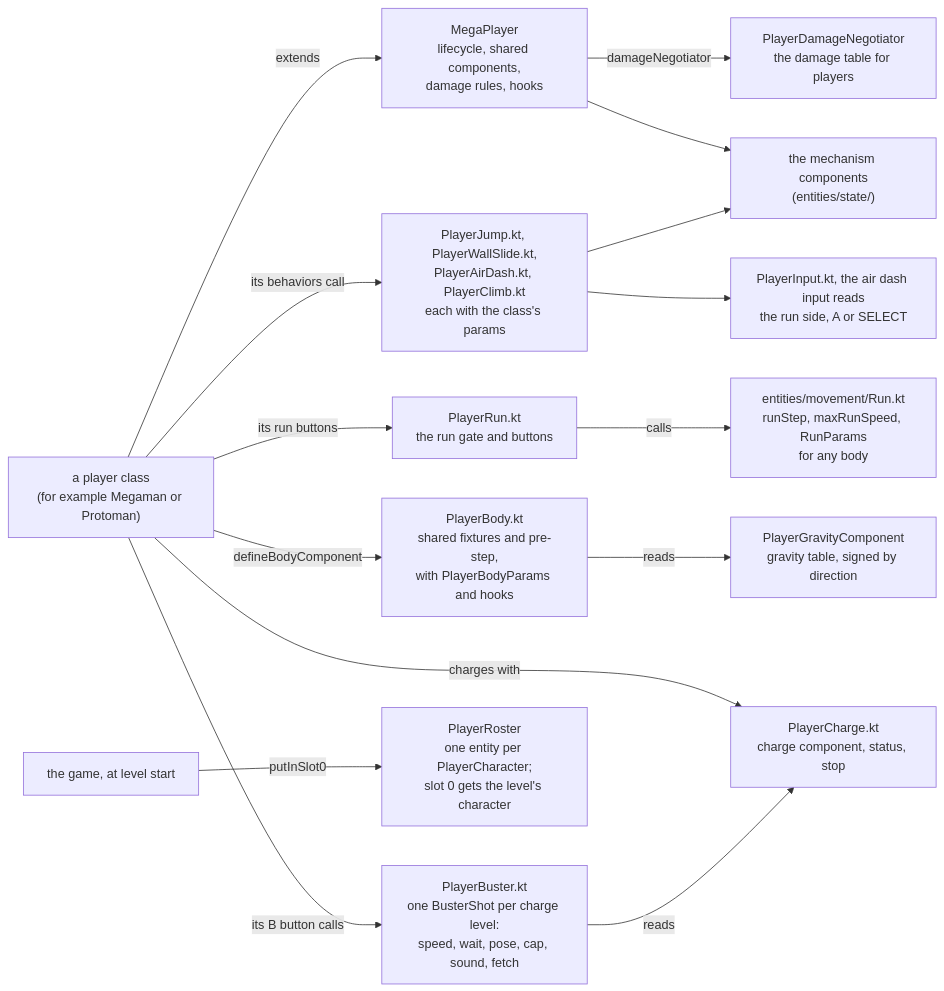
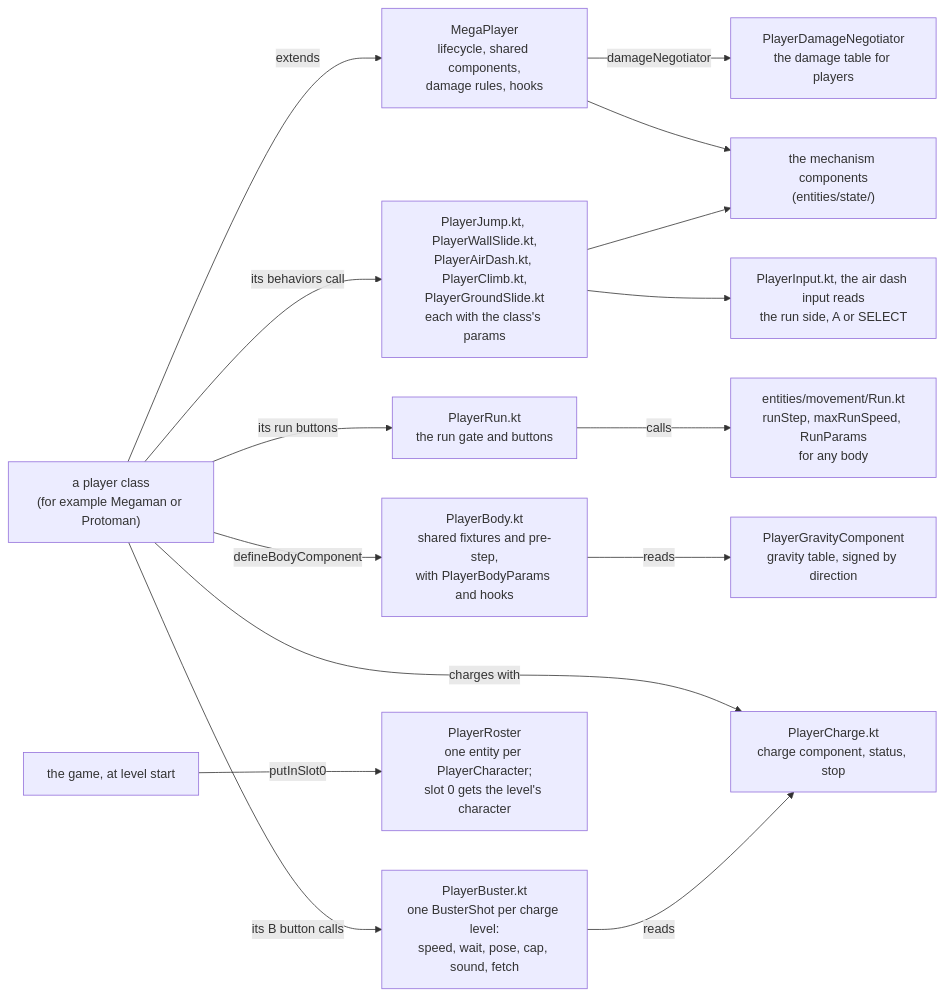
One commit to JohnLavender474/Megaman-Maverick changed the first of 2 diagrams in core/src/main/kotlin/com/megaman/maverick/game/players/README.md. Above: the diagram before and after it, drawn with Mermaid. The commit also changed other lines of this file and 34 other files, not shown here.

````diff
--- a/core/src/main/kotlin/com/megaman/maverick/game/players/README.md
+++ b/core/src/main/kotlin/com/megaman/maverick/game/players/README.md
@@ -32,17 +33,17 @@
 ```mermaid
 flowchart LR
     Class["a player class<br/>(for example Megaman or Protoman)"] -- "extends" --> Base["MegaPlayer<br/>lifecycle, shared components,<br/>damage rules, hooks"]
     Base -- "damageNegotiator" --> Negotiator["PlayerDamageNegotiator<br/>the damage table for players"]
-    Class -- "its behaviors call" --> Moves["PlayerJump.kt, PlayerWallSlide.kt,<br/>PlayerAirDash.kt, PlayerClimb.kt<br/>each with the class's params"]
+    Class -- "its behaviors call" --> Moves["PlayerJump.kt, PlayerWallSlide.kt,<br/>PlayerAirDash.kt, PlayerClimb.kt,<br/>PlayerGroundSlide.kt<br/>each with the class's params"]
     Class -- "its run buttons" --> Run["PlayerRun.kt<br/>the run gate and buttons"]
     Run -- "calls" --> Step["entities/movement/Run.kt<br/>runStep, maxRunSpeed, RunParams<br/>for any body"]
     Class -- "defineBodyComponent" --> Body["PlayerBody.kt<br/>shared fixtures and pre-step,<br/>with PlayerBodyParams and hooks"]
     Body -- "reads" --> Gravity["PlayerGravityComponent<br/>gravity table, signed by direction"]
     Class -- "its B button calls" --> Buster["PlayerBuster.kt<br/>one BusterShot per charge level:<br/>speed, wait, pose, cap, sound, fetch"]
     Class -- "charges with" --> Charge["PlayerCharge.kt<br/>charge component, status, stop"]
     Buster -- "reads" --> Charge
     Moves --> Input["PlayerInput.kt, the air dash input reads<br/>the run side, A or SELECT"]
     Game["the game, at level start"] -- "putInSlot0" --> Roster["PlayerRoster<br/>one entity per PlayerCharacter;<br/>slot 0 gets the level's character"]
     Base --> State["the mechanism components<br/>(entities/state/)"]
     Moves --> State
 ```
````
